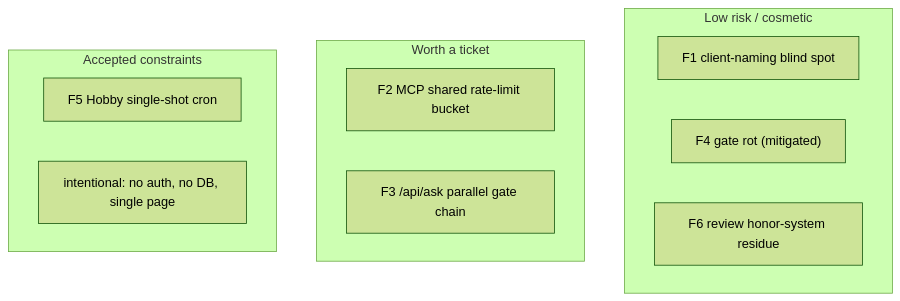
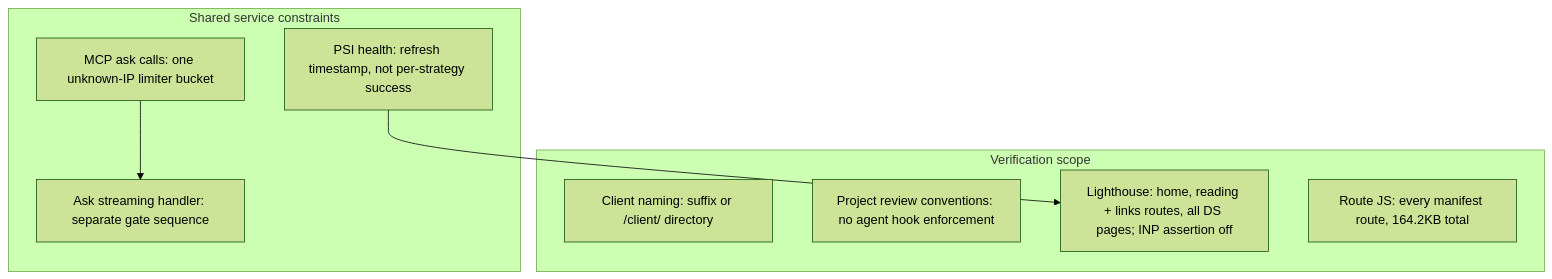
One commit to erikunha/portfolio changed the diagram in docs/10-findings-and-debt.md. Above: the diagram before and after it, drawn with Mermaid (forest theme). The commit also changed other lines of this file and 1307 other files, not shown here.

````diff
--- a/docs/10-findings-and-debt.md
+++ b/docs/10-findings-and-debt.md
@@ -45,16 +39,16 @@
 ```mermaid
 flowchart TD
-    subgraph low["Low risk / cosmetic"]
-        f1["F1 client-naming blind spot"]
-        f4["F4 gate rot (mitigated)"]
-        f6["F6 review honor-system residue"]
+    subgraph shared["Shared service constraints"]
+        mcp["MCP ask calls: one unknown-IP limiter bucket"]
+        ask["Ask streaming handler: separate gate sequence"]
+        psi["PSI health: refresh timestamp, not per-strategy success"]
     end
-    subgraph med["Worth a ticket"]
-        f2["F2 MCP shared rate-limit bucket"]
-        f3["F3 /api/ask parallel gate chain"]
+    subgraph coverage["Verification scope"]
+        naming["Client naming: suffix or /client/ directory"]
+        hooks["Project review conventions: no agent hook enforcement"]
+        perf["Lighthouse: home, reading + links routes, all DS pages; INP assertion off"]
+        js["Route JS: every manifest route, 164.2KB total"]
     end
-    subgraph accepted["Accepted constraints"]
-        f5["F5 Hobby single-shot cron"]
-        plan["intentional: no auth, no DB, single page"]
-    end
+    mcp --> ask
+    psi --> perf
 ```
````
